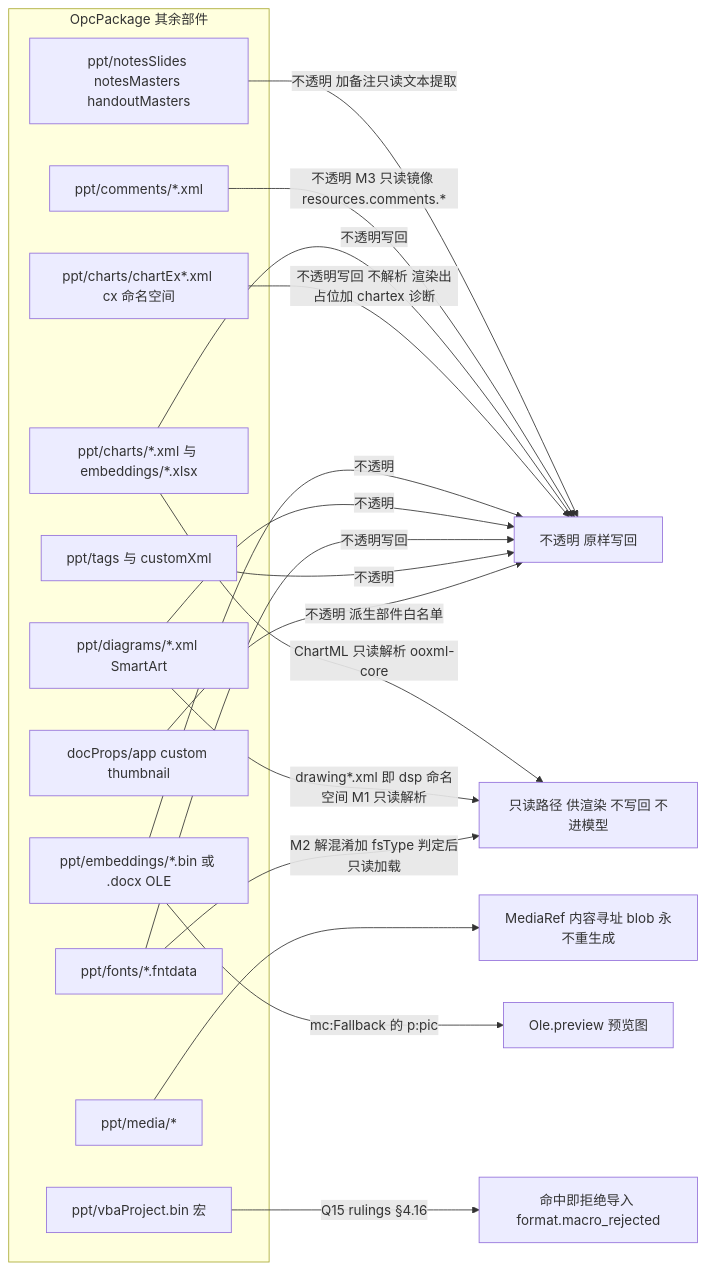
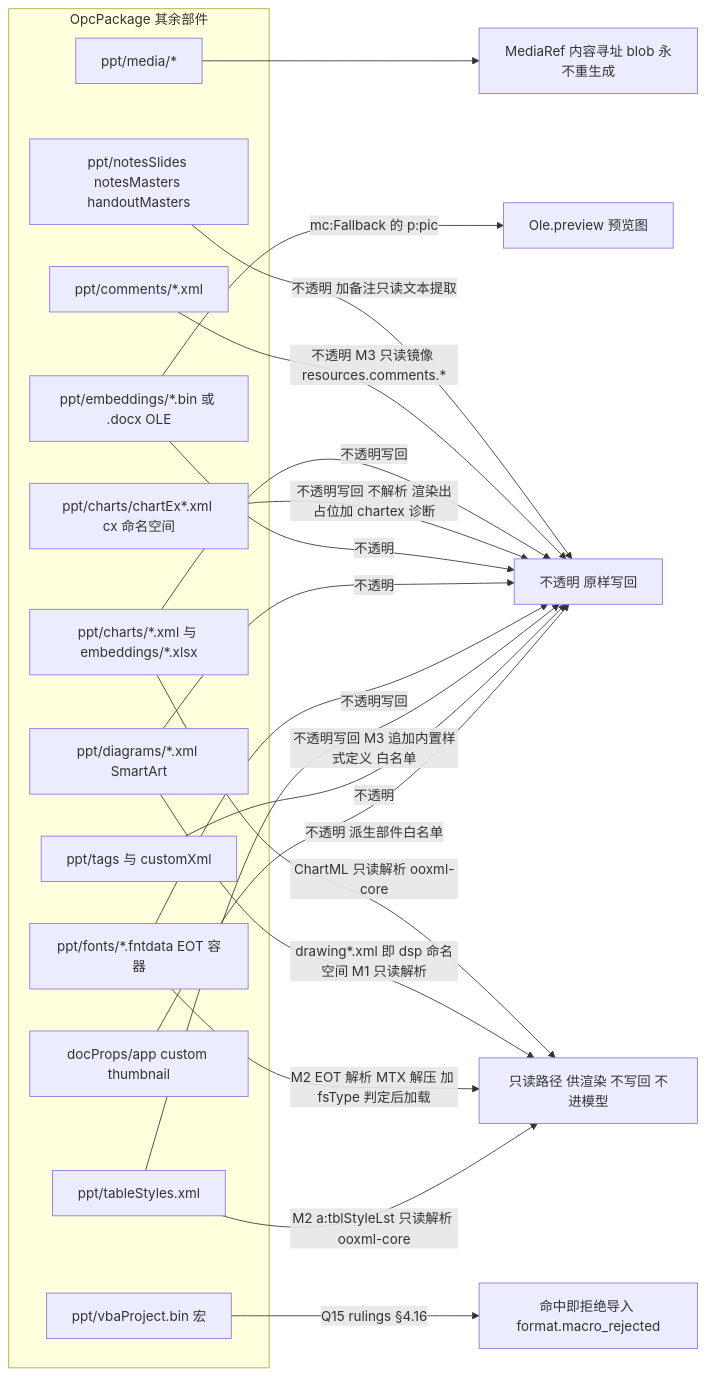
One commit to Xeonice/cordis-ppt-editor changed the fourth of 10 diagrams in docs/40-modules/04-ooxml-format-and-pptx-codec.md. Above: the diagram before and after it, drawn with Mermaid. The commit also changed other lines of this file and 78 other files, not shown here.

````diff
--- a/docs/40-modules/04-ooxml-format-and-pptx-codec.md
+++ b/docs/40-modules/04-ooxml-format-and-pptx-codec.md
@@ -215,36 +241,39 @@
 ```mermaid
 flowchart LR
   subgraph parts["OpcPackage 其余部件"]
     pNotes["ppt/notesSlides notesMasters handoutMasters"]
     pComments["ppt/comments/*.xml"]
     pCharts["ppt/charts/*.xml 与 embeddings/*.xlsx"]
     pChartEx["ppt/charts/chartEx*.xml cx 命名空间"]
     pMedia["ppt/media/*"]
     pOle["ppt/embeddings/*.bin 或 .docx OLE"]
     pDiagrams["ppt/diagrams/*.xml SmartArt"]
-    pFonts["ppt/fonts/*.fntdata"]
+    pFonts["ppt/fonts/*.fntdata EOT 容器"]
+    pTableStyles["ppt/tableStyles.xml"]
     pTags["ppt/tags 与 customXml"]
     pVba["ppt/vbaProject.bin 宏"]
     pDocOther["docProps/app custom thumbnail"]
   end
   cOpaque["不透明 原样写回"]
   cReadOnly["只读路径 供渲染 不写回 不进模型"]
   cMedia["MediaRef 内容寻址 blob 永不重生成"]
   cPreview["Ole.preview 预览图"]
   cReject["命中即拒绝导入 format.macro_rejected"]
   pNotes -- "不透明 加备注只读文本提取" --> cOpaque
   pComments -- "不透明 M3 只读镜像 resources.comments.*" --> cOpaque
   pCharts -- "不透明写回" --> cOpaque
   pCharts -- "ChartML 只读解析 ooxml-core" --> cReadOnly
   pChartEx -- "不透明写回 不解析 渲染出占位加 chartex 诊断" --> cOpaque
   pMedia --> cMedia
   pOle -- "不透明" --> cOpaque
   pOle -- "mc:Fallback 的 p:pic" --> cPreview
   pDiagrams -- "不透明" --> cOpaque
   pDiagrams -- "drawing*.xml 即 dsp 命名空间 M1 只读解析" --> cReadOnly
   pFonts -- "不透明写回" --> cOpaque
-  pFonts -- "M2 解混淆加 fsType 判定后只读加载" --> cReadOnly
+  pFonts -- "M2 EOT 解析 MTX 解压 加 fsType 判定后加载" --> cReadOnly
+  pTableStyles -- "不透明写回 M3 追加内置样式定义 白名单" --> cOpaque
+  pTableStyles -- "M2 a:tblStyleLst 只读解析 ooxml-core" --> cReadOnly
   pTags -- "不透明" --> cOpaque
   pVba -- "Q15 rulings §4.16" --> cReject
   pDocOther -- "不透明 派生部件白名单" --> cOpaque
 ```
````
